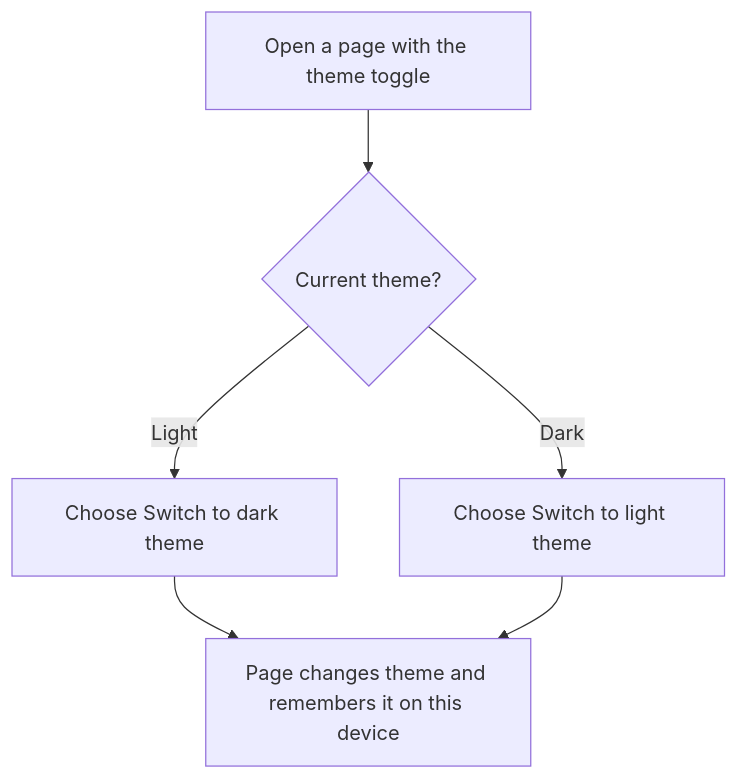
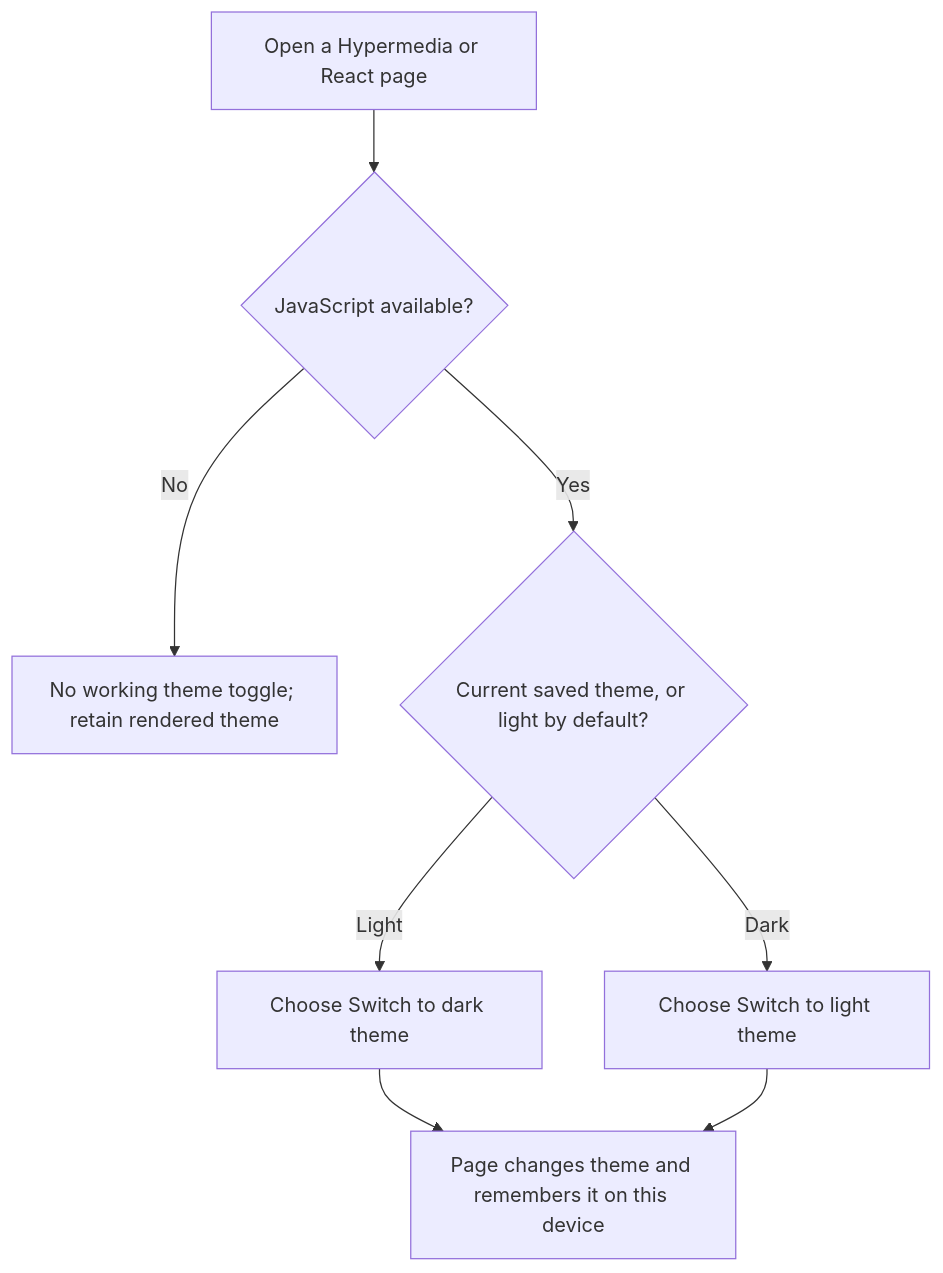
Before and after one commit to Kevinjohn/oss-adonisjs-starter-examples: the first of 2 diagrams in user-stories/accounts/us-account-13-change-theme-preference.md, drawn with Mermaid. The commit also changed other lines of this file and 22 other files, not shown here.

````diff
--- a/user-stories/accounts/us-account-13-change-theme-preference.md
+++ b/user-stories/accounts/us-account-13-change-theme-preference.md
@@ -19,8 +20,10 @@
 ```mermaid
 flowchart TD
-    A["Open a page with the theme toggle"] --> B{"Current theme?"}
+    A["Open a Hypermedia or React page"] --> J{"JavaScript available?"}
+    J -->|No| K["No working theme toggle; retain rendered theme"]
+    J -->|Yes| B{"Current saved theme, or light by default?"}
     B -->|Light| C["Choose Switch to dark theme"]
     B -->|Dark| D["Choose Switch to light theme"]
     C --> E["Page changes theme and remembers it on this device"]
     D --> E
 ```
````
